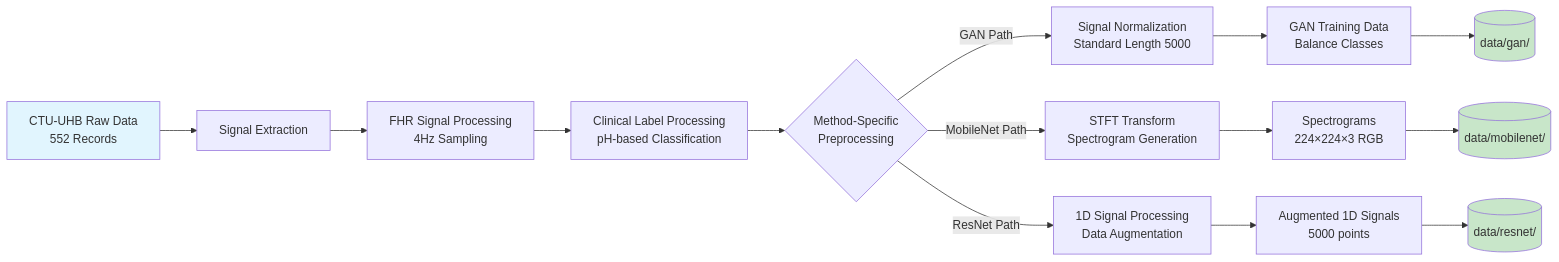
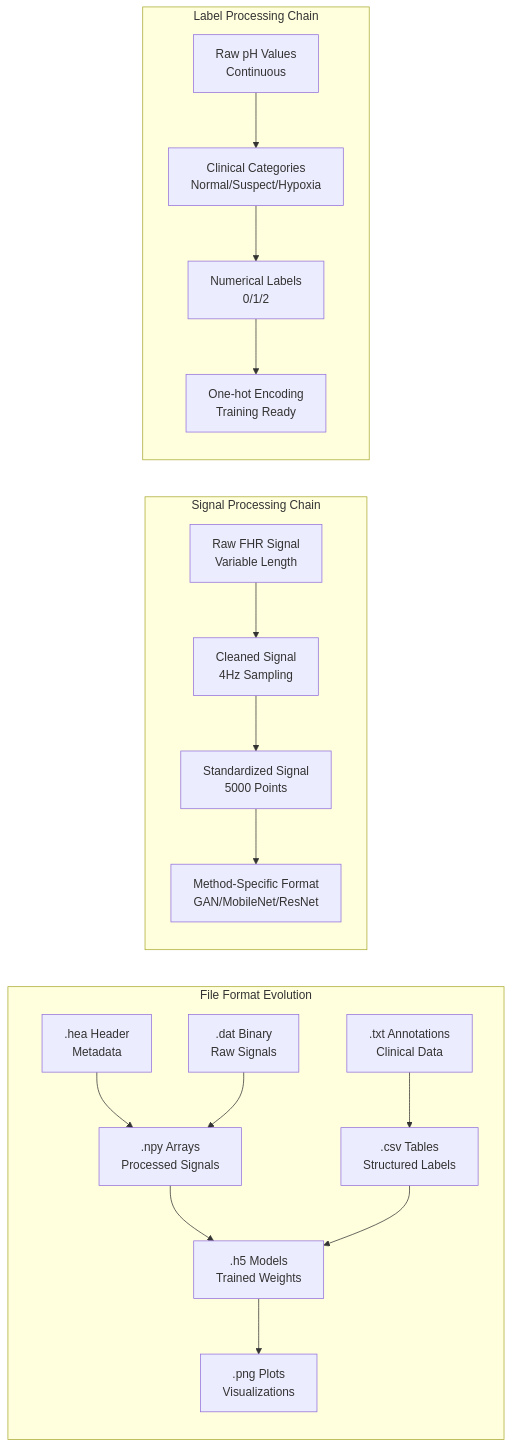
Before and after one commit to Keyzoo0/HipoxiaDeepLearning: the sixth of 14 diagrams in README.md, drawn with Mermaid. The commit also changed other lines of this file, not shown here.

````diff
--- a/README.md
+++ b/README.md
@@ -359,25 +595,43 @@
 ```mermaid
 graph LR
-    A[CTU-UHB Raw Data<br/>552 Records] --> B[Signal Extraction]
-    B --> C[FHR Signal Processing<br/>4Hz Sampling]
-    C --> D[Clinical Label Processing<br/>pH-based Classification]
+    subgraph "File Format Evolution"
+        A[.hea Header<br/>Metadata]
+        B[.dat Binary<br/>Raw Signals]
+        C[.txt Annotations<br/>Clinical Data]
 
-    D --> E{Method-Specific<br/>Preprocessing}
+        D[.npy Arrays<br/>Processed Signals]
+        E[.csv Tables<br/>Structured Labels]
 
-    E -->|GAN Path| F[Signal Normalization<br/>Standard Length 5000]
-    E -->|MobileNet Path| G[STFT Transform<br/>Spectrogram Generation]
-    E -->|ResNet Path| H[1D Signal Processing<br/>Data Augmentation]
+        F[.h5 Models<br/>Trained Weights]
+        G[.png Plots<br/>Visualizations]
+    end
 
-    F --> I[GAN Training Data<br/>Balance Classes]
-    G --> J[Spectrograms<br/>224×224×3 RGB]
-    H --> K[Augmented 1D Signals<br/>5000 points]
+    A --> D
+    B --> D
+    C --> E
+    D --> F
+    E --> F
+    F --> G
 
-    I --> L[(data/gan/)]
-    J --> M[(data/mobilenet/)]
-    K --> N[(data/resnet/)]
+    subgraph "Signal Processing Chain"
+        S1[Raw FHR Signal<br/>Variable Length]
+        S2[Cleaned Signal<br/>4Hz Sampling]
+        S3[Standardized Signal<br/>5000 Points]
+        S4[Method-Specific Format<br/>GAN/MobileNet/ResNet]
+    end
 
-    style A fill:#e1f5fe
-    style L fill:#c8e6c9
-    style M fill:#c8e6c9
-    style N fill:#c8e6c9
+    S1 --> S2
+    S2 --> S3
+    S3 --> S4
+
+    subgraph "Label Processing Chain"
+        L1[Raw pH Values<br/>Continuous]
+        L2[Clinical Categories<br/>Normal/Suspect/Hypoxia]
+        L3[Numerical Labels<br/>0/1/2]
+        L4[One-hot Encoding<br/>Training Ready]
+    end
+
+    L1 --> L2
+    L2 --> L3
+    L3 --> L4
 ```
````
